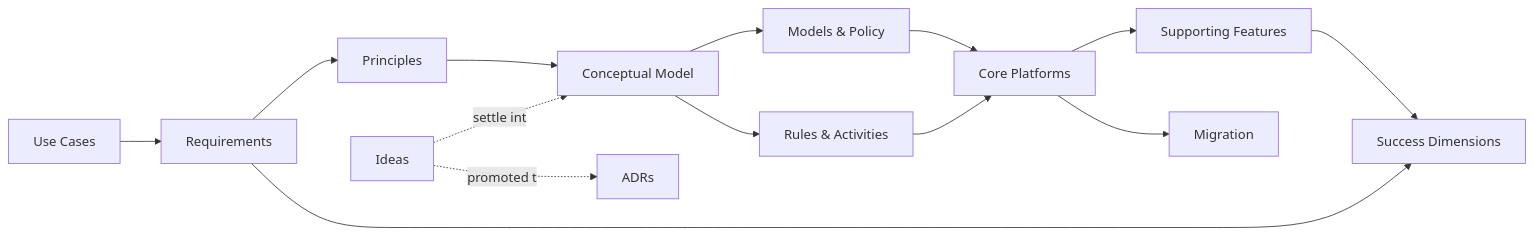
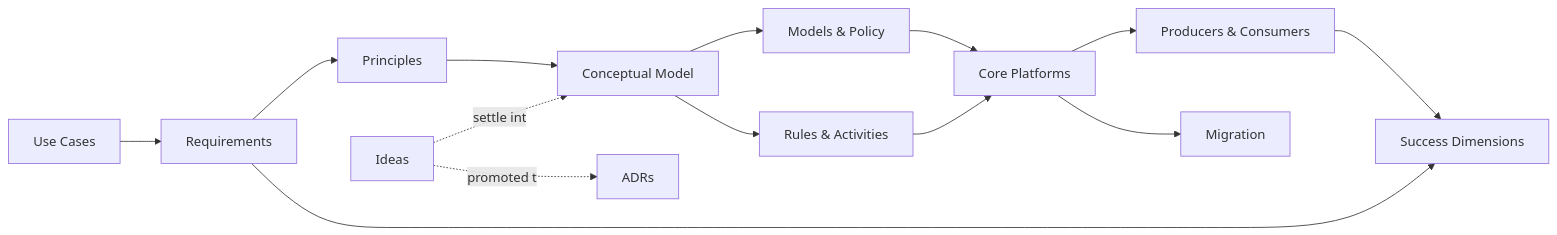
One commit to matthiasautrata/cfp-data changed the diagram in README.md. Above: the diagram before and after it, drawn with Mermaid. The commit also changed other lines of this file and 24 other files, not shown here.

First line of the commit message:
Enable, don't build: P12; supporting features become producers, consumers, and extension points; idea: extensible fact protocol; time-series as a sourced subsystem; R-15, I-14; references incl. CloudEvents, AsyncAPI, RFC 9232, event sourcing, Erlang/OTP, Cortex, Iceberg, Doris

````diff
--- a/README.md
+++ b/README.md
@@ -70,16 +70,16 @@
 ```mermaid
 flowchart LR
     UC[Use Cases] --> REQ[Requirements]
     REQ --> P[Principles]
     P --> CM[Conceptual Model]
     CM --> M[Models & Policy]
     CM --> R[Rules & Activities]
     M --> C[Core Platforms]
     R --> C
-    C --> F[Supporting Features]
+    C --> F[Producers & Consumers]
     C --> S[Migration]
     F --> D[Success Dimensions]
     REQ --> D
     I[Ideas] -.settle into.-> CM
     I -.promoted to.-> ADR[ADRs]
 ```
````
